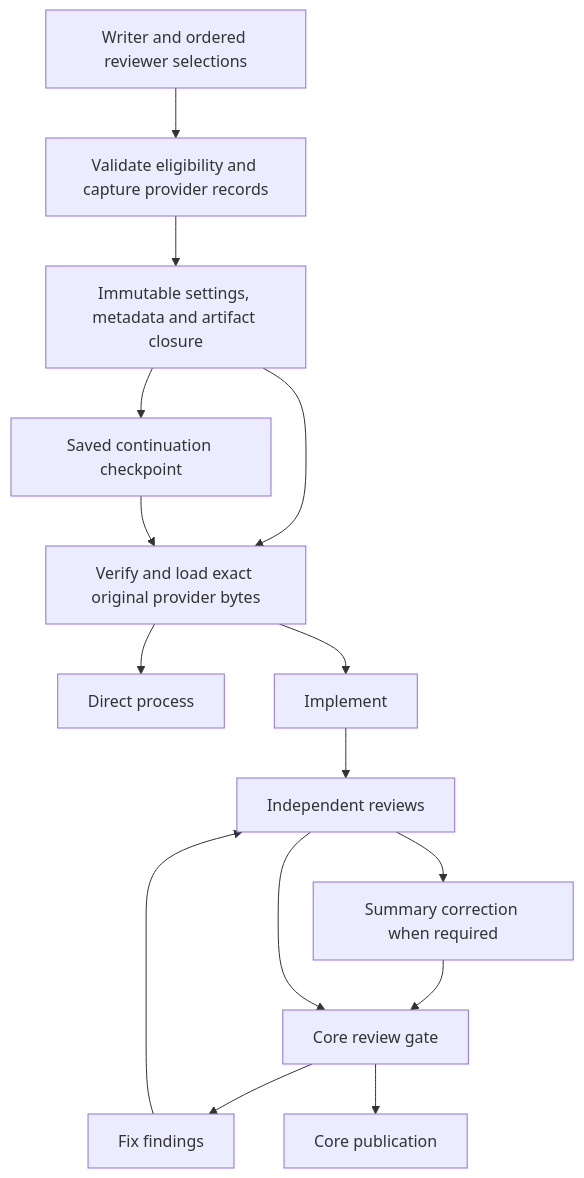
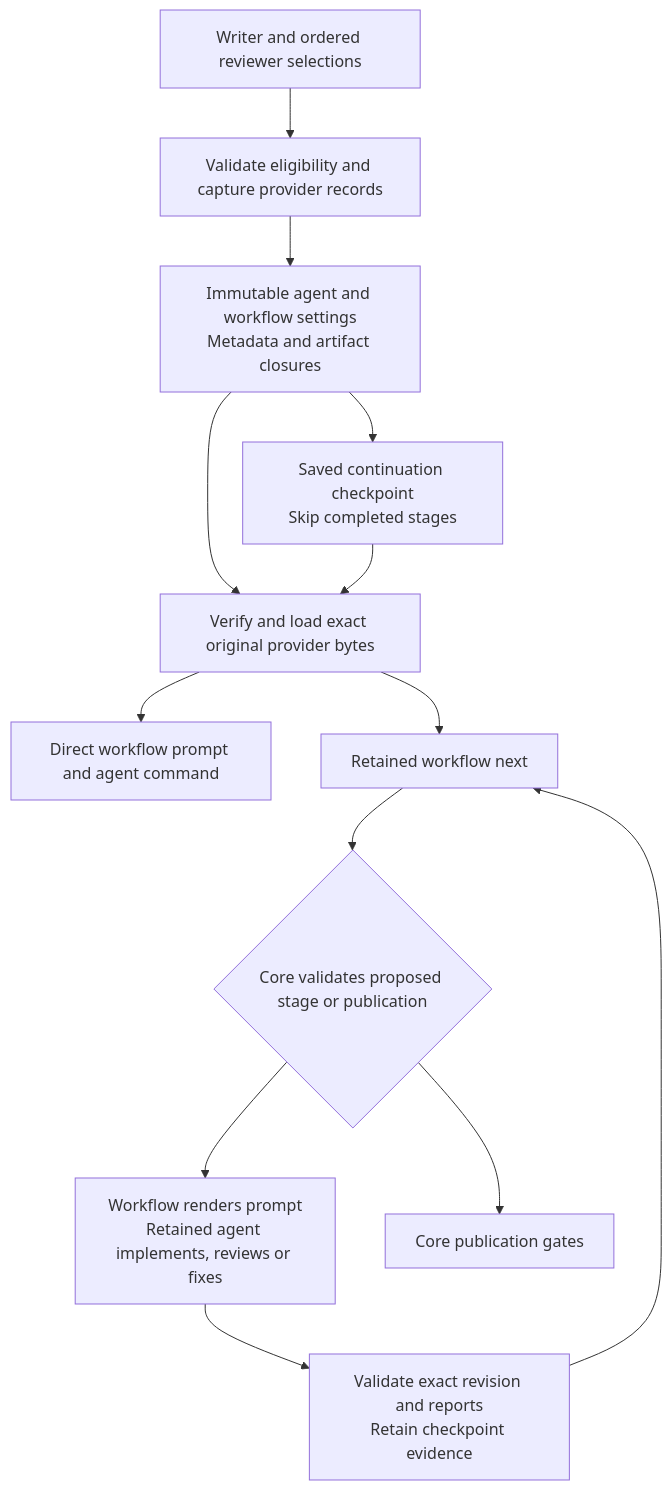
One commit to nloehlein-godaddy/helmsman changed the diagram in docs/agent-authoring.md. Above: the diagram before and after it, drawn with Mermaid. The commit also changed other lines of this file and 73 other files, not shown here.

Commit message:
feat(plugins): extract retained workflow prompts and stage policy

````diff
--- a/docs/agent-authoring.md
+++ b/docs/agent-authoring.md
@@ -49,17 +51,15 @@
 ```mermaid
 flowchart TD
   Selection[Writer and ordered reviewer selections] --> Admission[Validate eligibility and capture provider records]
-  Admission --> Snapshot[Immutable settings, metadata and artifact closure]
+  Admission --> Snapshot[Immutable agent and workflow settings<br/>Metadata and artifact closures]
   Snapshot --> Load[Verify and load exact original provider bytes]
-  Load --> Direct[Direct process]
-  Load --> Implement[Implement]
-  Implement --> Review[Independent reviews]
-  Review --> Correction[Summary correction when required]
-  Correction --> Gate[Core review gate]
-  Review --> Gate
-  Gate --> Fix[Fix findings]
-  Fix --> Review
-  Gate --> Publish[Core publication]
-  Snapshot --> Resume[Saved continuation checkpoint]
+  Load --> Direct[Direct workflow prompt and agent command]
+  Load --> Next[Retained workflow next]
+  Next --> Guard{Core validates proposed stage or publication}
+  Guard --> Stage[Workflow renders prompt<br/>Retained agent implements, reviews or fixes]
+  Stage --> Evidence[Validate exact revision and reports<br/>Retain checkpoint evidence]
+  Evidence --> Next
+  Guard --> Publish[Core publication gates]
+  Snapshot --> Resume[Saved continuation checkpoint<br/>Skip completed stages]
   Resume --> Load
 ```
````
